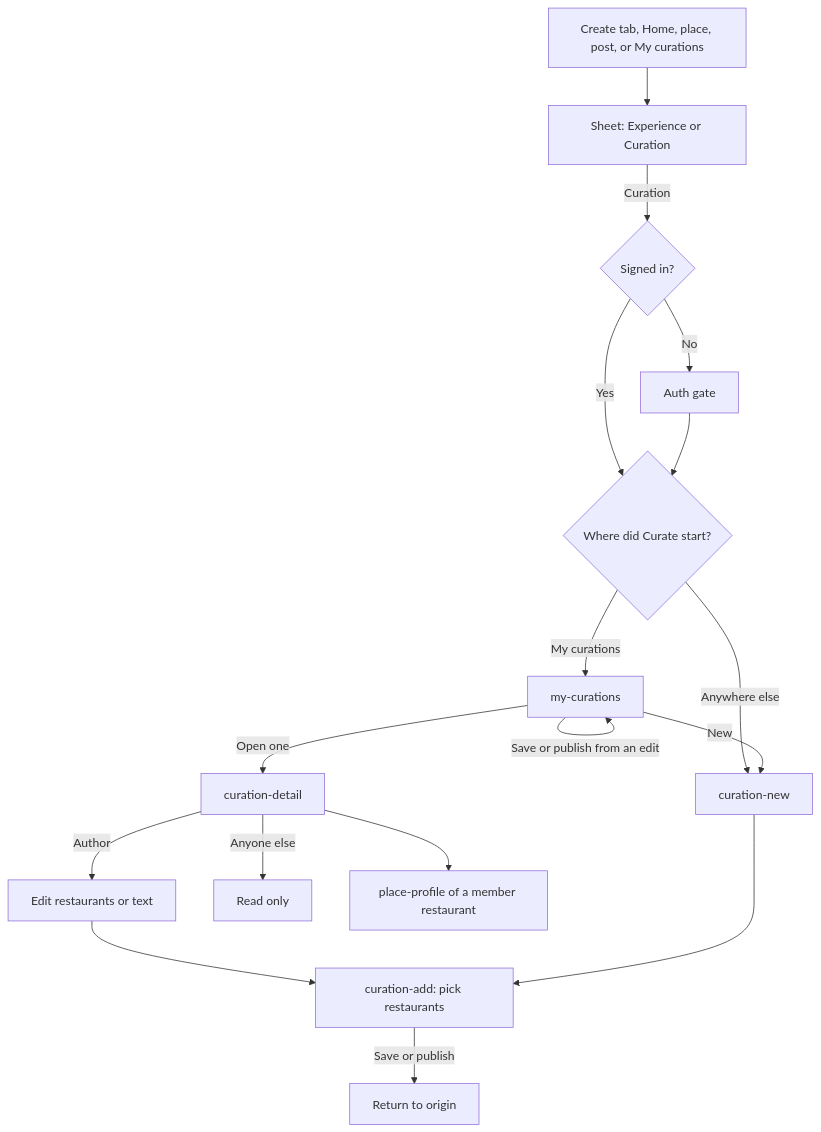
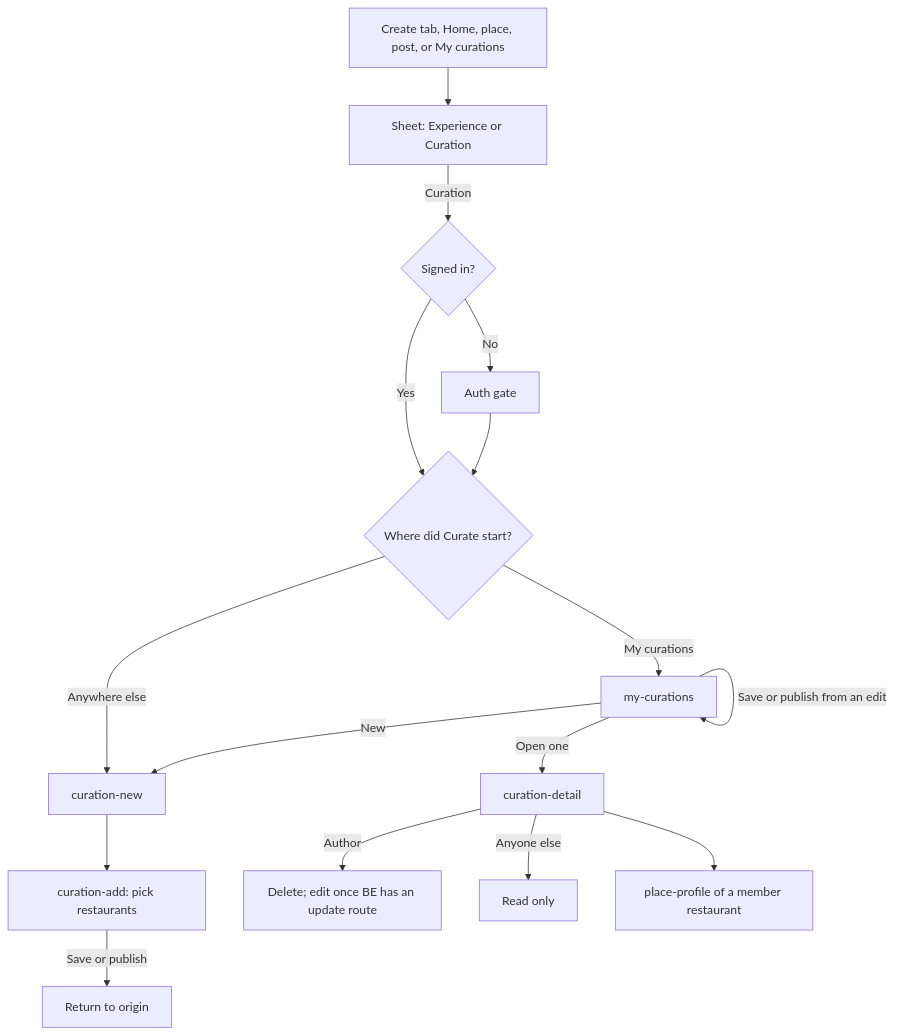
Before and after one commit to bawra11/elite-product: the diagram in product/detail-flows/06-curation.md, drawn with Mermaid. The commit also changed other lines of this file and 3 other files, not shown here.

First line of the commit message:
Detail flows: match the create, curation, post and profile fixes

````diff
--- a/product/detail-flows/06-curation.md
+++ b/product/detail-flows/06-curation.md
@@ -7,22 +7,21 @@
 ```mermaid
 flowchart TD
   start["Create tab, Home, place, post, or My curations"] --> sheet["Sheet: Experience or Curation"]
   sheet -->|Curation| gate{Signed in?}
   gate -->|No| auth["Auth gate"]
   auth --> origin{Where did Curate start?}
   gate -->|Yes| origin
 
   origin -->|My curations| mine["my-curations"]
   mine -->|New| fresh["curation-new"]
   mine -->|Open one| detail["curation-detail"]
   origin -->|Anywhere else| fresh
 
   fresh --> add["curation-add: pick restaurants"]
   add -->|Save or publish| back["Return to origin"]
   mine -->|Save or publish from an edit| mine
 
-  detail -->|Author| edit["Edit restaurants or text"]
-  edit --> add
+  detail -->|Author| edit["Delete; edit once BE has an update route"]
   detail -->|Anyone else| read["Read only"]
   detail --> place["place-profile of a member restaurant"]
 ```
````
